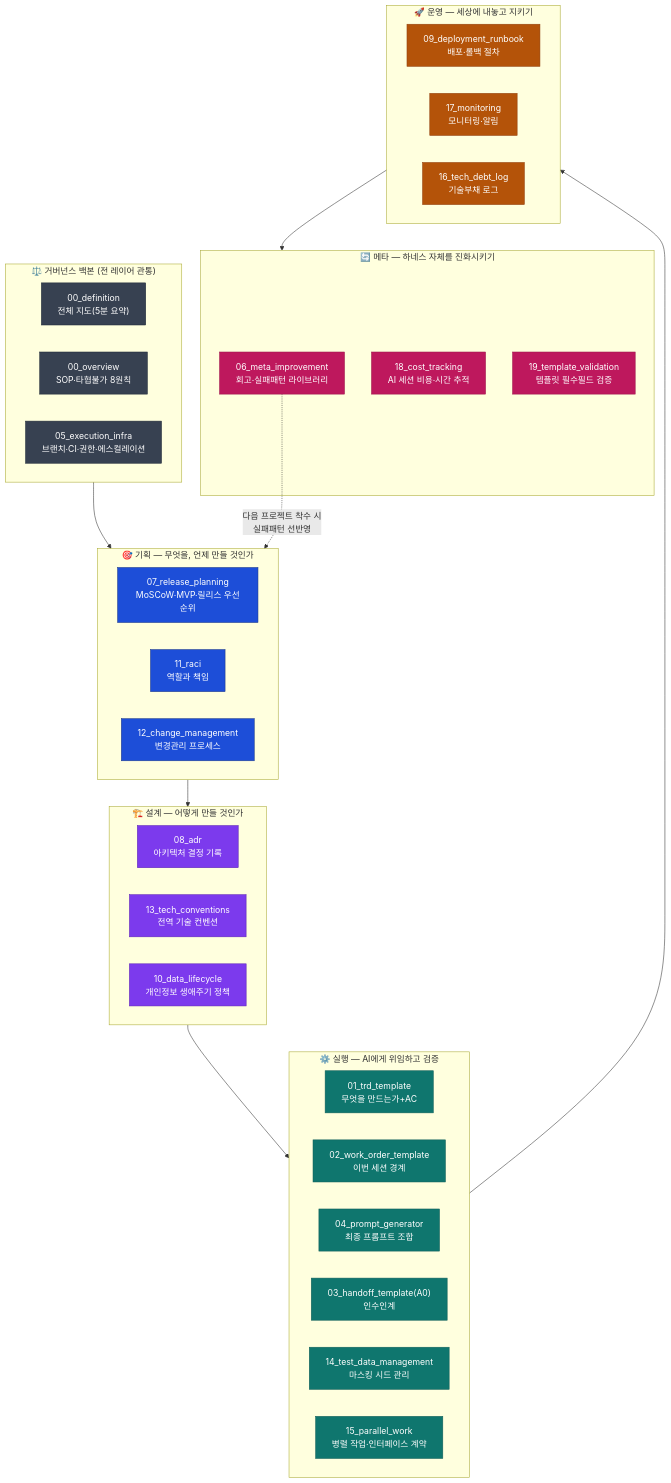
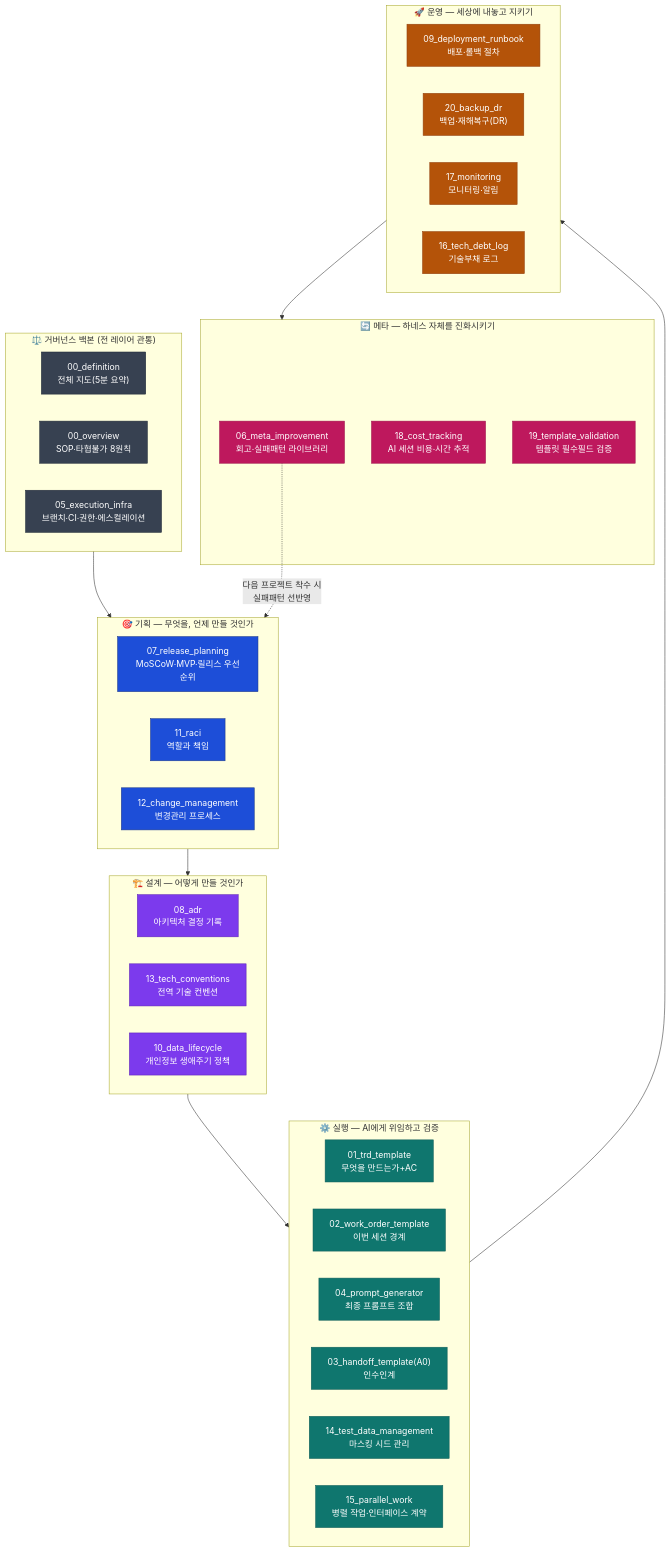
Before and after one commit to jcs19752510-ui/HARNESS_BASIC: the first of 4 diagrams in harness/harness_structure_diagram.md, drawn with Mermaid. The commit also changed other lines of this file and 13 other files, not shown here.

````diff
--- a/harness/harness_structure_diagram.md
+++ b/harness/harness_structure_diagram.md
@@ -15,57 +15,58 @@
 ```mermaid
 flowchart TD
     subgraph BB["⚖️ 거버넌스 백본 (전 레이어 관통)"]
         B1["00_definition<br/>전체 지도(5분 요약)"]
         B2["00_overview<br/>SOP·타협불가 8원칙"]
         B3["05_execution_infra<br/>브랜치·CI·권한·에스컬레이션"]
     end
 
     subgraph L1["🎯 기획 — 무엇을, 언제 만들 것인가"]
         F1["07_release_planning<br/>MoSCoW·MVP·릴리스 우선순위"]
         F2["11_raci<br/>역할과 책임"]
         F3["12_change_management<br/>변경관리 프로세스"]
     end
 
     subgraph L2["🏗️ 설계 — 어떻게 만들 것인가"]
         D1["08_adr<br/>아키텍처 결정 기록"]
         D2["13_tech_conventions<br/>전역 기술 컨벤션"]
         D3["10_data_lifecycle<br/>개인정보 생애주기 정책"]
     end
 
     subgraph L3["⚙️ 실행 — AI에게 위임하고 검증"]
         E1["01_trd_template<br/>무엇을 만드는가+AC"]
         E2["02_work_order_template<br/>이번 세션 경계"]
         E3["04_prompt_generator<br/>최종 프롬프트 조합"]
         E4["03_handoff_template(A0)<br/>인수인계"]
         E5["14_test_data_management<br/>마스킹 시드 관리"]
         E6["15_parallel_work<br/>병렬 작업·인터페이스 계약"]
     end
 
     subgraph L4["🚀 운영 — 세상에 내놓고 지키기"]
         O1["09_deployment_runbook<br/>배포·롤백 절차"]
+        O4["20_backup_dr<br/>백업·재해복구(DR)"]
         O2["17_monitoring<br/>모니터링·알림"]
         O3["16_tech_debt_log<br/>기술부채 로그"]
     end
 
     subgraph L5["🔄 메타 — 하네스 자체를 진화시키기"]
         M1["06_meta_improvement<br/>회고·실패패턴 라이브러리"]
         M2["18_cost_tracking<br/>AI 세션 비용·시간 추적"]
         M3["19_template_validation<br/>템플릿 필수필드 검증"]
     end
 
     BB --> L1 --> L2 --> L3 --> L4 --> L5
     M1 -. "다음 프로젝트 착수 시<br/>실패패턴 선반영" .-> L1
 
     classDef backbone fill:#374151,color:#fff,stroke:#1f2937
     classDef plan fill:#1d4ed8,color:#fff,stroke:#1e3a8a
     classDef design fill:#7c3aed,color:#fff,stroke:#5b21b6
     classDef exec fill:#0f766e,color:#fff,stroke:#115e59
     classDef ops fill:#b45309,color:#fff,stroke:#92400e
     classDef meta fill:#be185d,color:#fff,stroke:#9d174d
     class B1,B2,B3 backbone
     class F1,F2,F3 plan
     class D1,D2,D3 design
     class E1,E2,E3,E4,E5,E6 exec
-    class O1,O2,O3 ops
+    class O1,O2,O3,O4 ops
     class M1,M2,M3 meta
 ```
````
